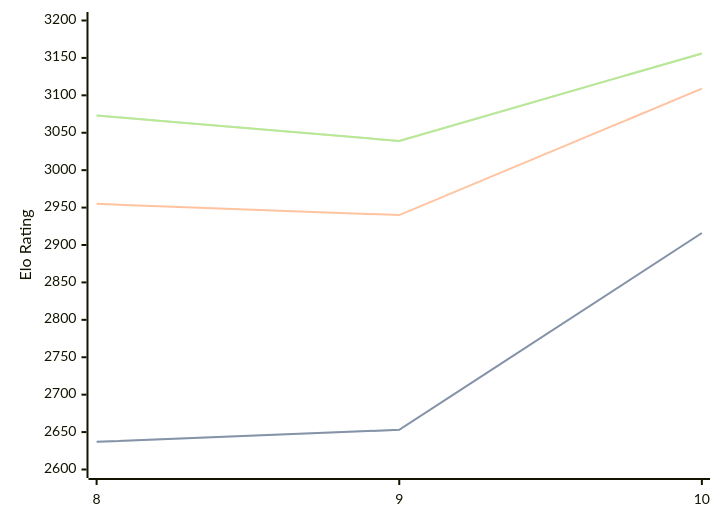
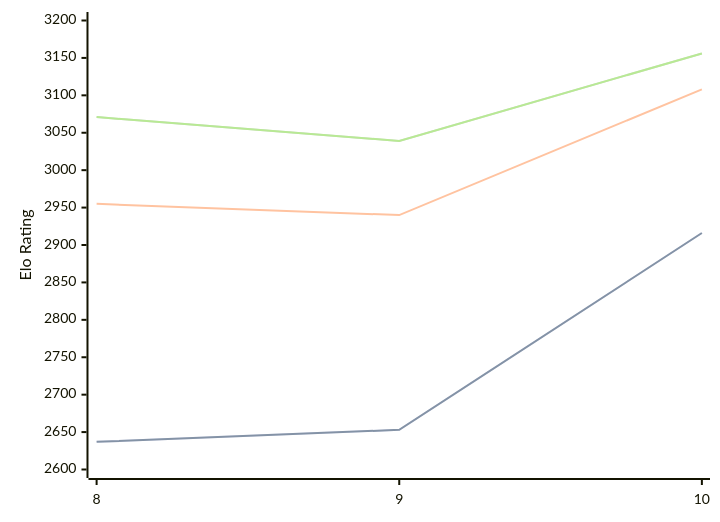
One commit to computer-chess-index/cci changed the diagram in engines/Lozza.md. Above: the diagram before and after it, drawn with Mermaid. The commit also changed other lines of this file, not shown here.

Commit message:
Update CCI Ratings (ELO VLTC) - 2026-03-15

````diff
--- a/engines/Lozza.md
+++ b/engines/Lozza.md
@@ -39,11 +39,11 @@
 ```mermaid
 %%{init: {"theme":"base","themeVariables":{"seriesColors:['#a3a3a3','#222221','#faa371']}}}%%
 xychart-beta
   x-axis ["8", "9", "10"]
   y-axis "Elo Rating" 2600 --> 3200
   line "STC (8.0+0.08s)" [2637, 2653, 2916]
   line "STC (8.0+0.08s)" [2637, 2653, 2916]
-  line "LTC (60.0+0.60s)" [2955, 2940, 3109]
-  line "VLTC (2m24s+1.12s)" [3073, 3039, 3156]
-  line "VLTC (2m24s+1.12s)" [3073, 3039, 3156]
+  line "LTC (60.0+0.60s)" [2955, 2940, 3108]
+  line "VLTC (2m24s+1.12s)" [3071, 3039, 3156]
+  line "VLTC (2m24s+1.12s)" [3071, 3039, 3156]
 ```
````
